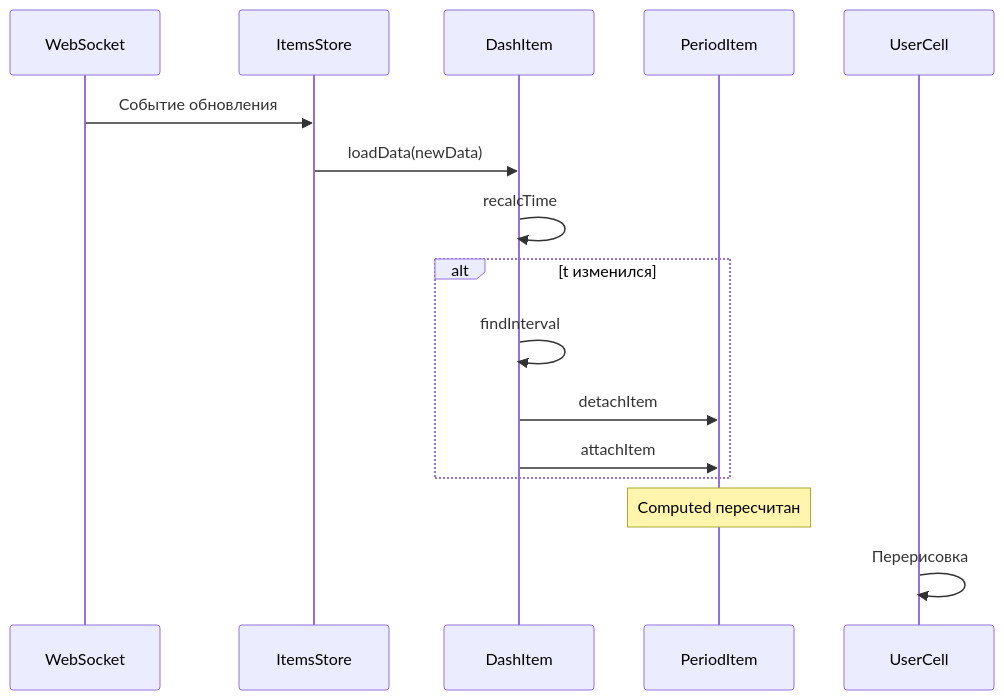
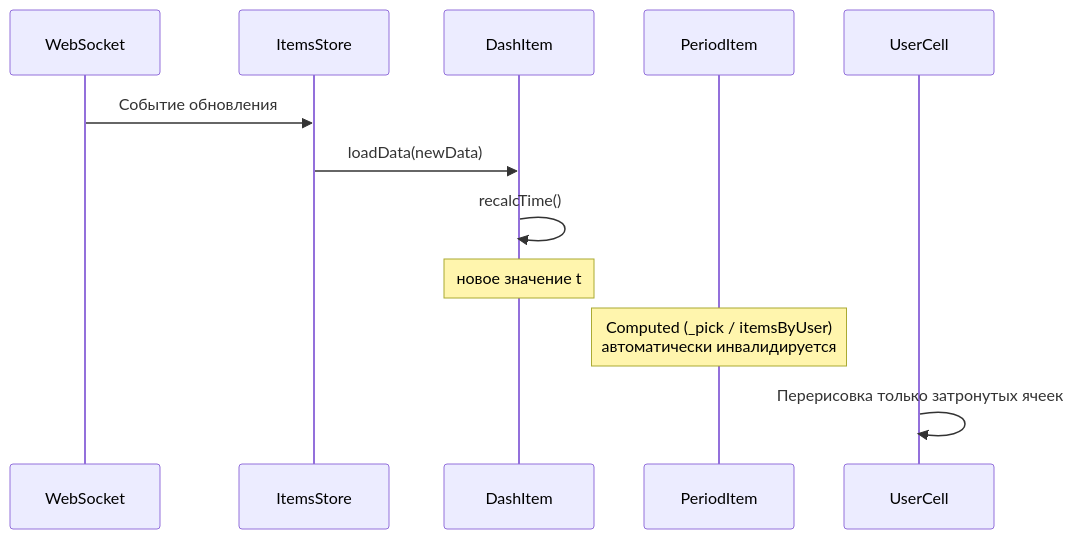
One commit to spo0okie/bxDash changed the sixth of 7 diagrams in docs/architecture.md. Above: the diagram before and after it, drawn with Mermaid. The commit also changed other lines of this file and 28 other files, not shown here.

````diff
--- a/docs/architecture.md
+++ b/docs/architecture.md
@@ -520,21 +505,17 @@
 ```mermaid
 sequenceDiagram
     participant WS as WebSocket
     participant IS as ItemsStore
     participant Item as DashItem
     participant Period as PeriodItem
     participant Cell as UserCell
-    
+
     WS->>IS: Событие обновления
     IS->>Item: loadData(newData)
-    Item->>Item: recalcTime
-    
-    alt t изменился
-        Item->>Item: findInterval
-        Item->>Period: detachItem
-        Item->>Period: attachItem
-    end
-    
-    Note over Period: Computed пересчитан
-    Cell->>Cell: Перерисовка
+    Item->>Item: recalcTime()
+
+    Note over Item: новое значение t
+
+    Note over Period: Computed (_pick / itemsByUser)<br/>автоматически инвалидируется
+    Cell->>Cell: Перерисовка только затронутых ячеек
 ```
````
